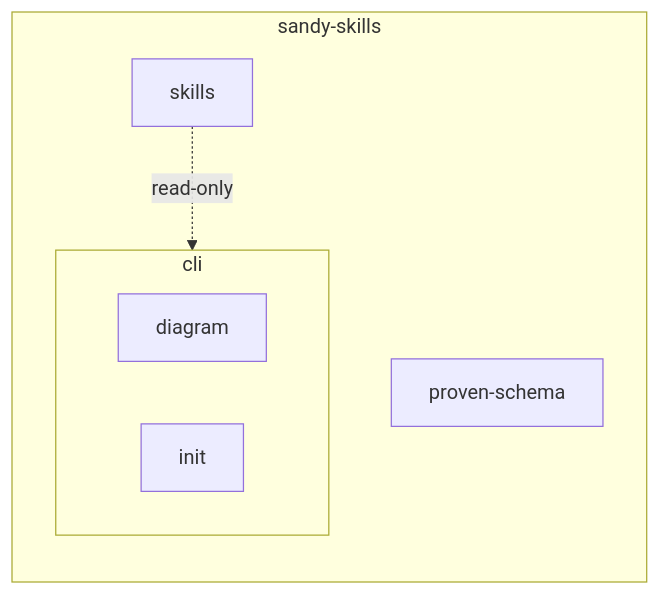
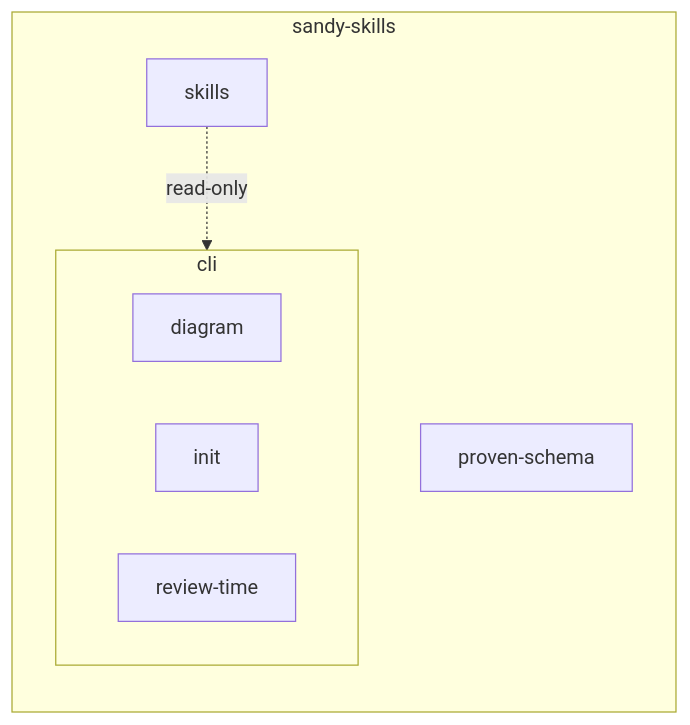
One commit to sandyhq/sandy-skills changed the diagram in standards/diagrams.md. Above: the diagram before and after it, drawn with Mermaid. The commit also changed 10 other files, not shown here.

Commit message:
review-time: estimated review minutes of a diff and its shares (change estimate-review-time)

````diff
--- a/standards/diagrams.md
+++ b/standards/diagrams.md
@@ -34,12 +34,13 @@
 ```mermaid
 flowchart LR
   subgraph p_sandy_2d_skills["sandy-skills"]
     subgraph p_cli["cli"]
       p_diagram["diagram"]
       p_init["init"]
+      p_review_2d_time["review-time"]
     end
     p_proven_2d_schema["proven-schema"]
     p_skills["skills"]
   end
   p_skills -.->|read-only| p_cli
 ```
````
